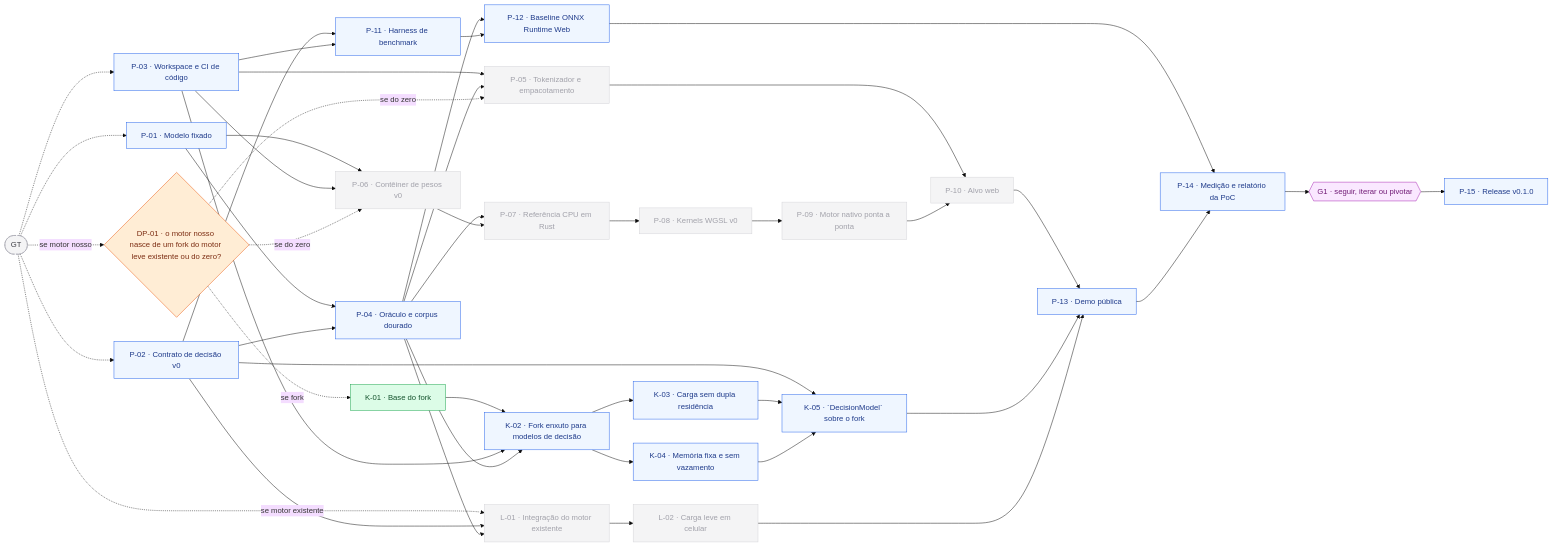
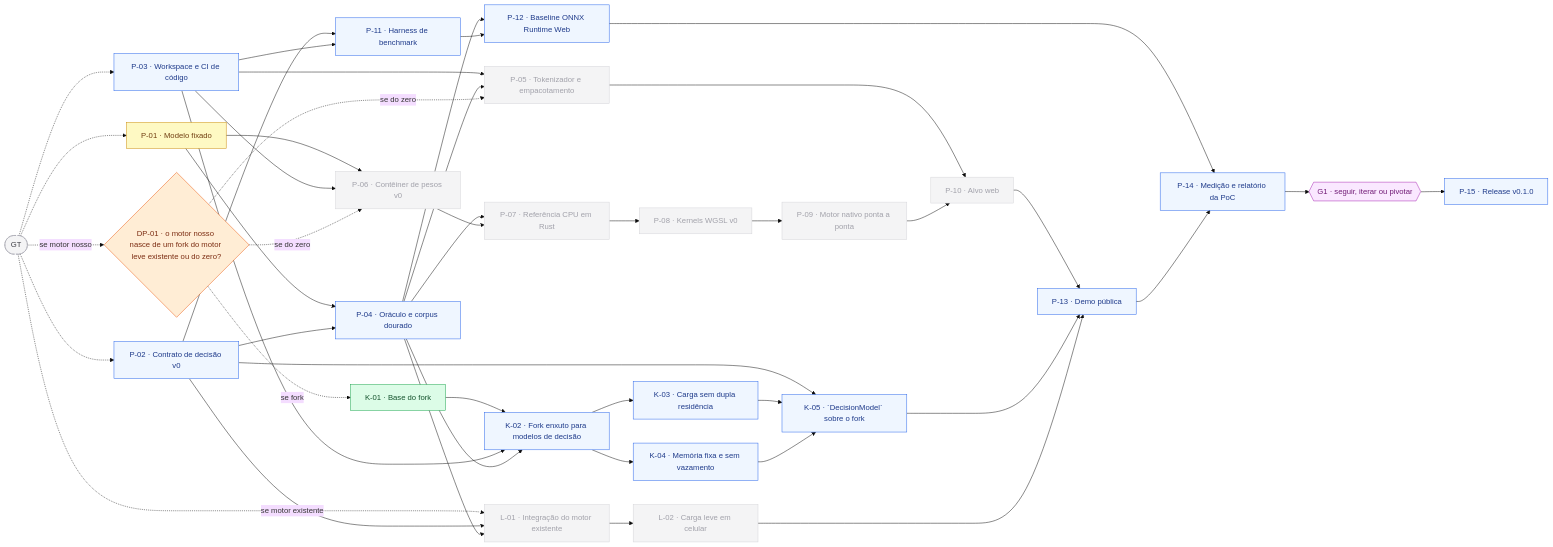
One commit to frederico-kluser/som-webcore changed the fourth of 10 diagrams in ROADMAP.md. Above: the diagram before and after it, drawn with Mermaid (base theme). The commit also changed other lines of this file and 6 other files, not shown here.

````diff
--- a/ROADMAP.md
+++ b/ROADMAP.md
@@ -1095,78 +1095,78 @@
 ```mermaid
 flowchart LR
     GT(["GT"]):::ext
-    P01["P-01 · Modelo fixado"]:::todo
+    P01["P-01 · Modelo fixado"]:::doing
     P02["P-02 · Contrato de decisão v0"]:::todo
     P03["P-03 · Workspace e CI de código"]:::todo
     DP01{"DP-01 · o motor nosso nasce de um fork do motor leve existente ou do zero?"}:::fork
     P04["P-04 · Oráculo e corpus dourado"]:::todo
     P11["P-11 · Harness de benchmark"]:::todo
     P06["P-06 · Contêiner de pesos v0"]:::off
     K01["K-01 · Base do fork"]:::done
     P05["P-05 · Tokenizador e empacotamento"]:::off
     L01["L-01 · Integração do motor existente"]:::off
     P12["P-12 · Baseline ONNX Runtime Web"]:::todo
     P07["P-07 · Referência CPU em Rust"]:::off
     K02["K-02 · Fork enxuto para modelos de decisão"]:::todo
     L02["L-02 · Carga leve em celular"]:::off
     P08["P-08 · Kernels WGSL v0"]:::off
     K03["K-03 · Carga sem dupla residência"]:::todo
     K04["K-04 · Memória fixa e sem vazamento"]:::todo
     P09["P-09 · Motor nativo ponta a ponta"]:::off
     K05["K-05 · `DecisionModel` sobre o fork"]:::todo
     P10["P-10 · Alvo web"]:::off
     P13["P-13 · Demo pública"]:::todo
     P14["P-14 · Medição e relatório da PoC"]:::todo
     G1{{"G1 · seguir, iterar ou pivotar"}}:::gate
     P15["P-15 · Release v0.1.0"]:::todo
     GT -.-> P01
     GT -.-> P02
     GT -.-> P03
     GT -.->|"se motor nosso"| DP01
     P01 --> P04
     P02 --> P04
     P02 --> P11
     P03 --> P11
     P01 --> P06
     P03 --> P06
     DP01 -.->|"se do zero"| P06
     DP01 -.->|"se fork"| K01
     P03 --> P05
     P04 --> P05
     DP01 -.->|"se do zero"| P05
     GT -.->|"se motor existente"| L01
     P02 --> L01
     P04 --> L01
     P04 --> P12
     P11 --> P12
     P04 --> P07
     P06 --> P07
     K01 --> K02
     P03 --> K02
     P04 --> K02
     L01 --> L02
     P07 --> P08
     K02 --> K03
     K02 --> K04
     P08 --> P09
     P02 --> K05
     K03 --> K05
     K04 --> K05
     P05 --> P10
     P09 --> P10
     P10 --> P13
     K05 --> P13
     L02 --> P13
     P12 --> P14
     P13 --> P14
     P14 --> G1
     G1 --> P15
     classDef done fill:#dcfce7,stroke:#16a34a,color:#14532d;
     classDef doing fill:#fef9c3,stroke:#ca8a04,color:#713f12;
     classDef todo fill:#eff6ff,stroke:#2563eb,color:#1e3a8a;
     classDef gate fill:#fae8ff,stroke:#a21caf,color:#701a75;
     classDef fork fill:#ffedd5,stroke:#ea580c,color:#7c2d12;
     classDef opt fill:#f8fafc,stroke:#64748b,color:#334155,stroke-dasharray: 5 4;
     classDef off fill:#f4f4f5,stroke:#d4d4d8,color:#a1a1aa;
     classDef ext fill:#f4f4f5,stroke:#a1a1aa,color:#3f3f46,stroke-dasharray: 4 3;
 ```
````
